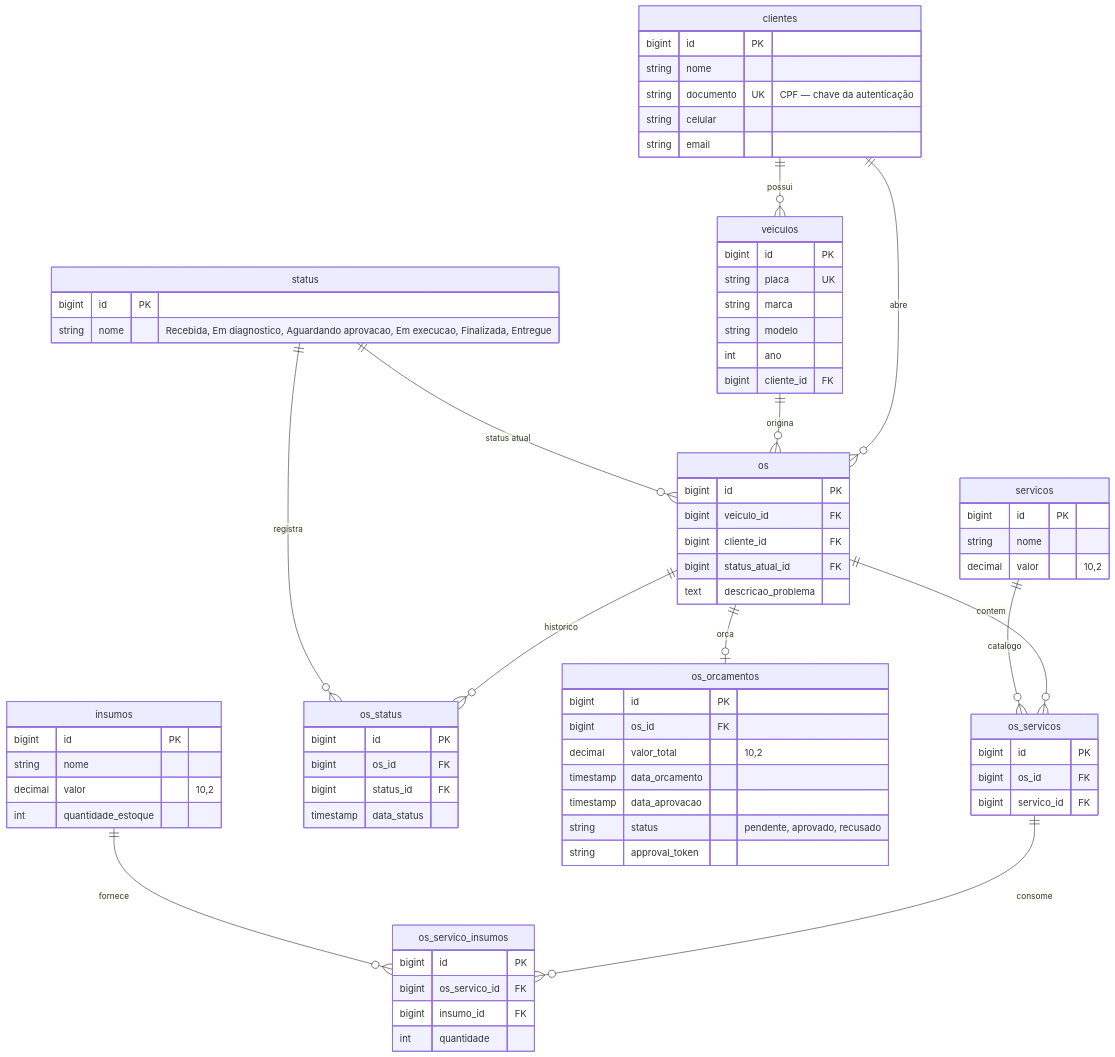
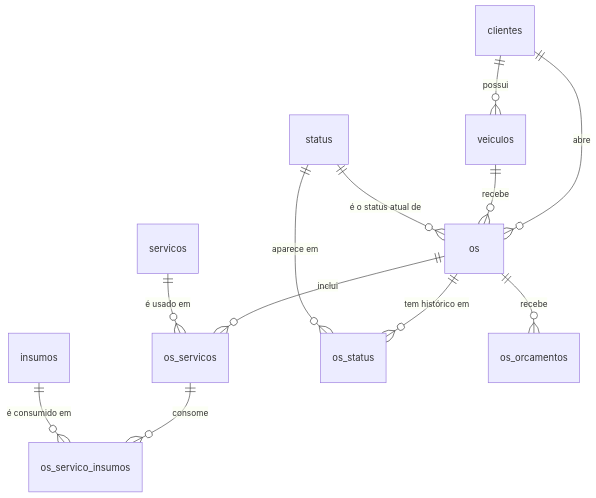
One commit to Lorenalgm/oficina-infra-db changed the second of 2 diagrams in README.md. Above: the diagram before and after it, drawn with Mermaid. The commit also changed other lines of this file, not shown here.

First line of the commit message:
docs: README revisado com links de deploy e diagrama de rede

````diff
--- a/README.md
+++ b/README.md
@@ -91,78 +95,14 @@
 ```mermaid
 erDiagram
-  clientes ||--o{ veiculos : possui
-  clientes ||--o{ os : abre
-  veiculos ||--o{ os : origina
-  status   ||--o{ os : "status atual"
-  os       ||--o{ os_servicos : contem
-  os       ||--o{ os_status : historico
-  os       ||--o| os_orcamentos : orca
-  servicos ||--o{ os_servicos : catalogo
-  status   ||--o{ os_status : registra
-  os_servicos ||--o{ os_servico_insumos : consome
-  insumos     ||--o{ os_servico_insumos : fornece
-
-  clientes {
-    bigint id PK
-    string nome
-    string documento UK "CPF — chave da autenticação"
-    string celular
-    string email
-  }
-  veiculos {
-    bigint id PK
-    string placa UK
-    string marca
-    string modelo
-    int    ano
-    bigint cliente_id FK
-  }
-  servicos {
-    bigint  id PK
-    string  nome
-    decimal valor "10,2"
-  }
-  insumos {
-    bigint  id PK
-    string  nome
-    decimal valor "10,2"
-    int     quantidade_estoque
-  }
-  status {
-    bigint id PK
-    string nome "Recebida, Em diagnostico, Aguardando aprovacao, Em execucao, Finalizada, Entregue"
-  }
-  os {
-    bigint id PK
-    bigint veiculo_id FK
-    bigint cliente_id FK
-    bigint status_atual_id FK
-    text   descricao_problema
-  }
-  os_servicos {
-    bigint id PK
-    bigint os_id FK
-    bigint servico_id FK
-  }
-  os_servico_insumos {
-    bigint id PK
-    bigint os_servico_id FK
-    bigint insumo_id FK
-    int    quantidade
-  }
-  os_status {
-    bigint    id PK
-    bigint    os_id FK
-    bigint    status_id FK
-    timestamp data_status
-  }
-  os_orcamentos {
-    bigint    id PK
-    bigint    os_id FK
-    decimal   valor_total "10,2"
-    timestamp data_orcamento
-    timestamp data_aprovacao
-    string    status "pendente, aprovado, recusado"
-    string    approval_token
-  }
+  clientes ||--o{ veiculos : "possui"
+  clientes ||--o{ os : "abre"
+  veiculos ||--o{ os : "recebe"
+  status   ||--o{ os : "é o status atual de"
+  os       ||--o{ os_servicos : "inclui"
+  servicos ||--o{ os_servicos : "é usado em"
+  os_servicos ||--o{ os_servico_insumos : "consome"
+  insumos     ||--o{ os_servico_insumos : "é consumido em"
+  os       ||--o{ os_status : "tem histórico em"
+  status   ||--o{ os_status : "aparece em"
+  os       ||--o{ os_orcamentos : "recebe"
 ```
````
